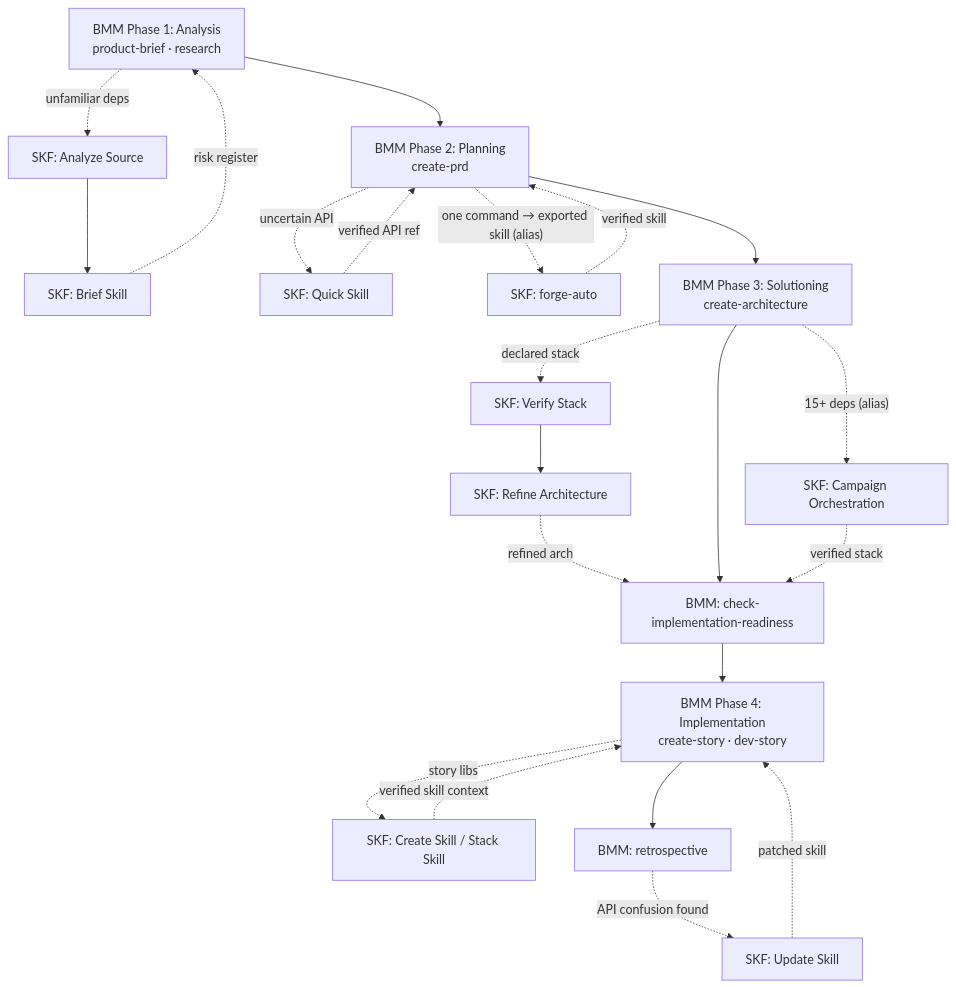
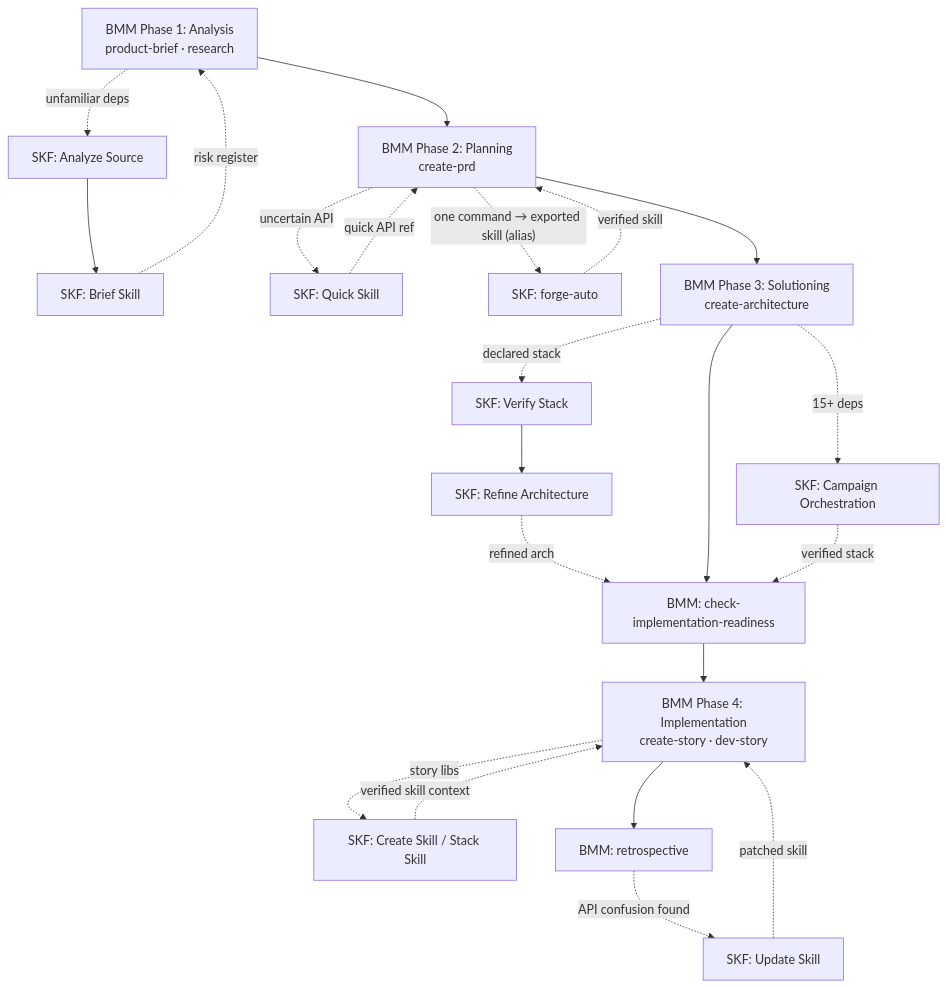
Before and after one commit to rxm7706/local-recipes: the first of 3 diagrams in _skf-learn/bmad-synergy.md, drawn with Mermaid. The commit also changed other lines of this file and 706 other files, not shown here.

````diff
--- a/_skf-learn/bmad-synergy.md
+++ b/_skf-learn/bmad-synergy.md
@@ -50,28 +50,28 @@
 ```mermaid
 flowchart TD
     P1[BMM Phase 1: Analysis<br/>product-brief · research] -.->|unfamiliar deps| AN[SKF: Analyze Source]
     AN --> BS[SKF: Brief Skill]
     BS -.->|risk register| P1
 
     P1 --> P2[BMM Phase 2: Planning<br/>create-prd]
     P2 -.->|uncertain API| QS[SKF: Quick Skill]
-    QS -.->|verified API ref| P2
+    QS -.->|quick API ref| P2
     P2 -.->|"one command → exported skill (alias)"| DW[SKF: forge-auto]
     DW -.->|verified skill| P2
 
     P2 --> P3[BMM Phase 3: Solutioning<br/>create-architecture]
     P3 -.->|declared stack| VS[SKF: Verify Stack]
     VS --> RA[SKF: Refine Architecture]
     RA -.->|refined arch| P3b[BMM: check-implementation-readiness]
     P3 --> P3b
-    P3 -.->|"15+ deps (alias)"| CAMP[SKF: Campaign Orchestration]
+    P3 -.->|15+ deps| CAMP[SKF: Campaign Orchestration]
     CAMP -.->|verified stack| P3b
 
     P3b --> P4[BMM Phase 4: Implementation<br/>create-story · dev-story]
     P4 -.->|story libs| CS[SKF: Create Skill / Stack Skill]
     CS -.->|verified skill context| P4
 
     P4 --> RETRO[BMM: retrospective]
     RETRO -.->|API confusion found| US[SKF: Update Skill]
     US -.->|patched skill| P4
 ```
````
